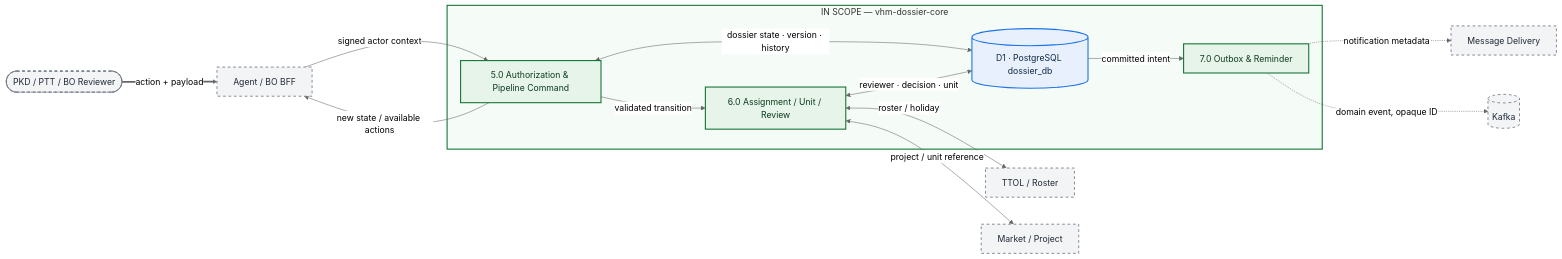
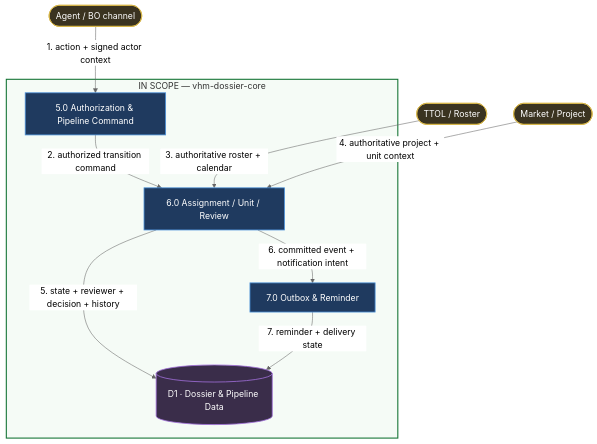
The seventh of 16 diagrams in tdd-dossier.md (huynv-xyz/vhm), drawn with Mermaid (neutral theme) before and after one commit. The commit also changed other lines of this file, not shown here.

````diff
--- a/tdd-dossier.md
+++ b/tdd-dossier.md
@@ -777,39 +957,29 @@
 ```mermaid
-flowchart LR
-    classDef process fill:#E6F4EA,stroke:#137333,stroke-width:2px,color:#0D3B1E
-    classDef external fill:#F3F4F6,stroke:#6B7280,stroke-width:1.5px,stroke-dasharray:5 5,color:#1F2937
-    classDef store fill:#E8F0FE,stroke:#1A73E8,stroke-width:2px,color:#102A43
+flowchart TB
+    classDef process fill:#1F3A5F,stroke:#4A90D9,stroke-width:1.5px,color:#FFFFFF
+    classDef entity fill:#3A3320,stroke:#D9B84A,stroke-width:1.5px,color:#FFFFFF
+    classDef datastore fill:#3A2D4A,stroke:#A06FD9,stroke-width:1.5px,color:#FFFFFF
 
-    REVIEWER([PKD / PTT / BO Reviewer])
-    BFF[Agent / BO BFF]
+    CHANNEL([Agent / BO channel]):::entity
+    TTOL([TTOL / Roster]):::entity
+    PROJECT([Market / Project]):::entity
 
     subgraph SCOPE[IN SCOPE — vhm-dossier-core]
         P1[5.0 Authorization & Pipeline Command]
         P2[6.0 Assignment / Unit / Review]
         P3[7.0 Outbox & Reminder]
-        D1[(D1 · PostgreSQL dossier_db)]
-
-        P1 <-->|dossier state · version · history| D1
-        P1 -->|validated transition| P2
-        P2 <-->|reviewer · decision · unit| D1
-        D1 -->|committed intent| P3
+        D1[(D1 · Dossier & Pipeline Data)]
     end
 
-    TTOL[TTOL / Roster]
-    PROJECT[Market / Project]
-    MESSAGE[Message Delivery]
-    KAFKA[(Kafka)]
-
-    REVIEWER ==>|action + payload| BFF
-    BFF -->|signed actor context| P1
-    P2 <-->|roster / holiday| TTOL
-    P2 <-->|project / unit reference| PROJECT
-    P1 -->|new state / available actions| BFF
-    P3 -.->|notification metadata| MESSAGE
-    P3 -.->|domain event, opaque ID| KAFKA
+    CHANNEL -->|1. action + signed actor context| P1
+    P1 -->|2. authorized transition command| P2
+    TTOL -->|3. authoritative roster + calendar| P2
+    PROJECT -->|4. authoritative project + unit context| P2
+    P2 -->|5. state + reviewer + decision + history| D1
+    P2 -->|6. committed event + notification intent| P3
+    P3 -->|7. reminder + delivery state| D1
 
     class P1,P2,P3 process
-    class D1 store
-    class REVIEWER,BFF,TTOL,PROJECT,MESSAGE,KAFKA external
+    class D1 datastore
     style SCOPE fill:#F5FBF6,stroke:#137333,stroke-width:2px
 ```
````
